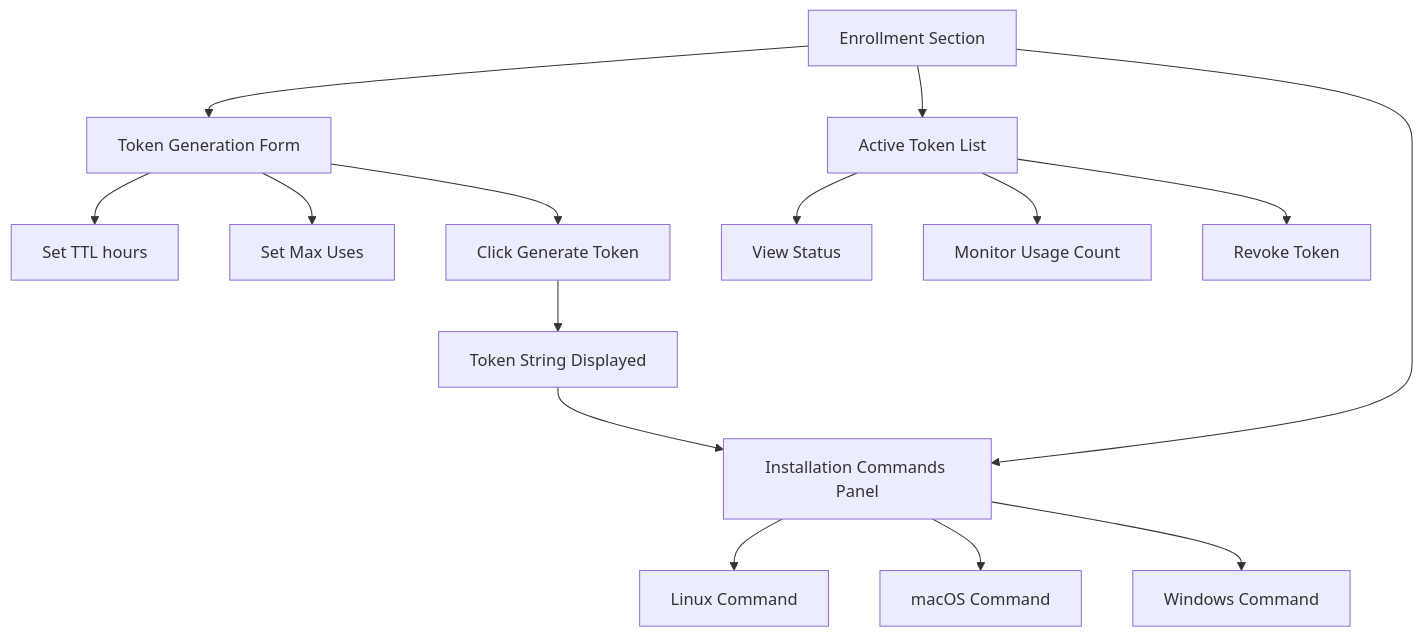
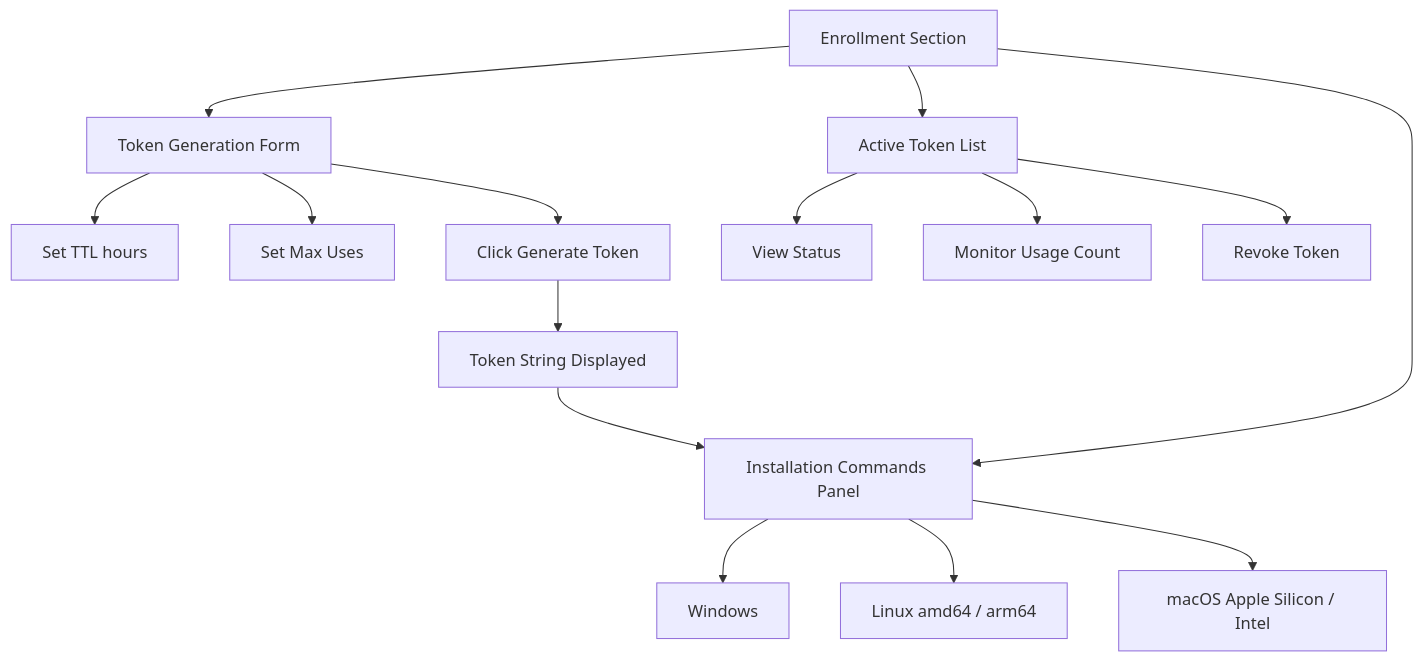
The diagram in wiki/docs/user-guide/agent-management/enrollment.md (projectachilles/ProjectAchilles), drawn with Mermaid before and after one commit. The commit also changed other lines of this file and 136 other files, not shown here.

````diff
--- a/wiki/docs/user-guide/agent-management/enrollment.md
+++ b/wiki/docs/user-guide/agent-management/enrollment.md
@@ -60,21 +61,21 @@
 ```mermaid
 graph TD
     A[Enrollment Section] --> B[Token Generation Form]
     A --> C[Active Token List]
     A --> D[Installation Commands Panel]
 
     B --> E[Set TTL hours]
     B --> F[Set Max Uses]
     B --> G[Click Generate Token]
 
     G --> H[Token String Displayed]
     H --> D
 
-    D --> I[Linux Command]
-    D --> J[macOS Command]
-    D --> K[Windows Command]
+    D --> K[Windows]
+    D --> I[Linux amd64 / arm64]
+    D --> J[macOS Apple Silicon / Intel]
 
     C --> L[View Status]
     C --> M[Monitor Usage Count]
     C --> N[Revoke Token]
 ```
````
